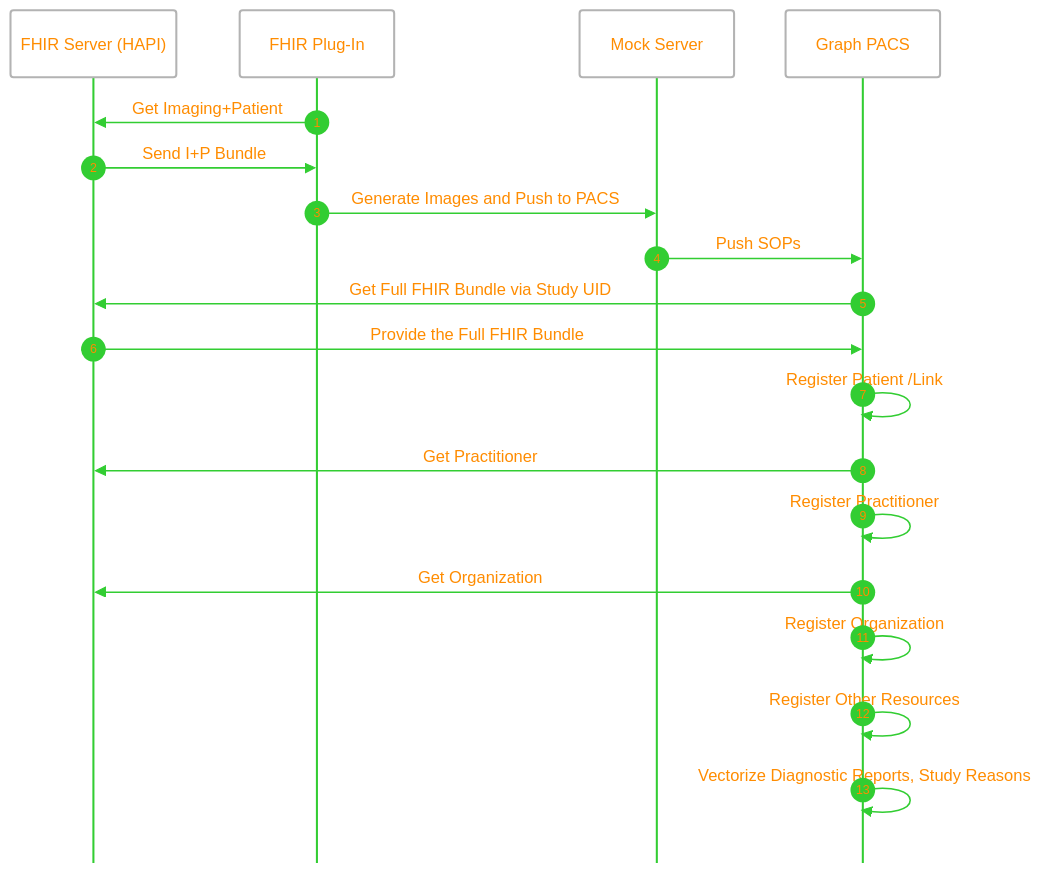
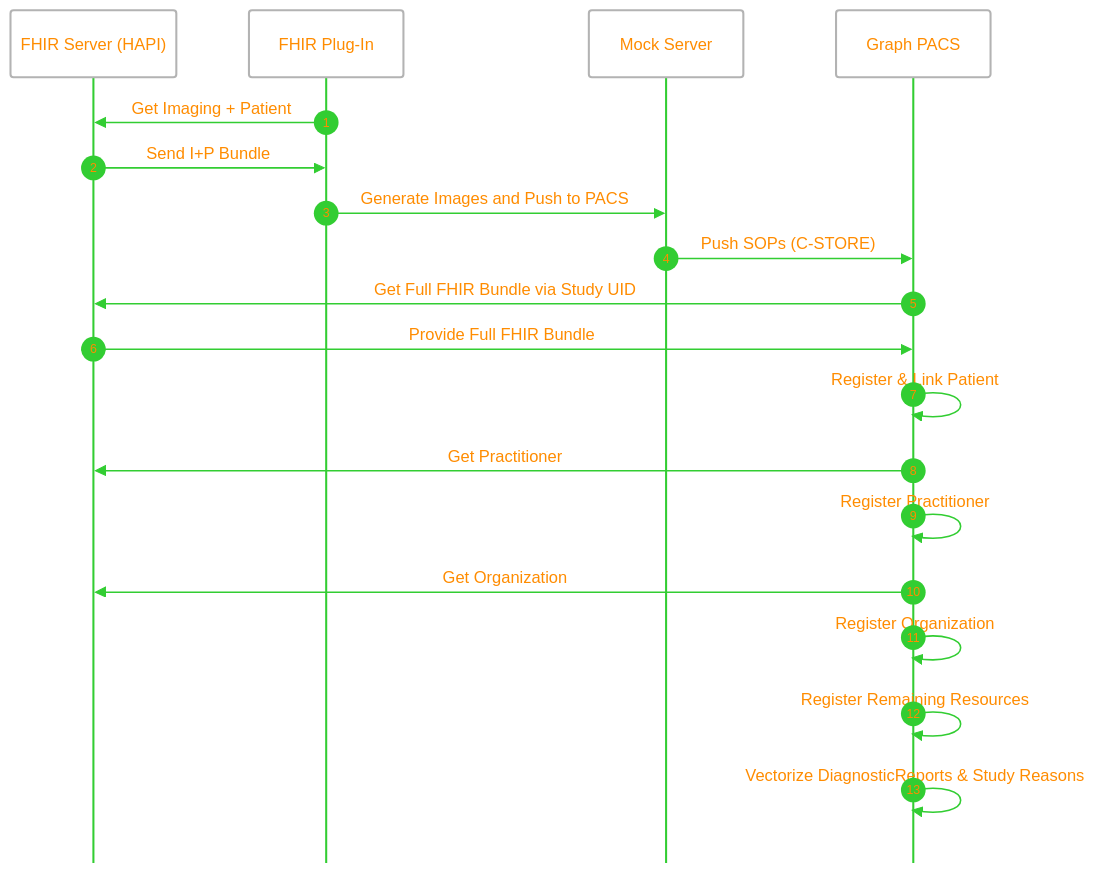
One commit to gosmart-health/gosmart-graphite changed the third of 3 diagrams in README.md. Above: the diagram before and after it, drawn with Mermaid. The commit also changed other lines of this file and 30 other files, not shown here.

````diff
--- a/README.md
+++ b/README.md
@@ -987,37 +883,37 @@
 ```mermaid
 ---
 config:
   theme: neo
   themeVariables:
     signalColor: '#32CD32'
     actorLineColor: '#32CD32'
     textColor: '#FF8C00'
     actorTextColor: '#FF8C00'
     signalTextColor: '#FF8C00'
     labelTextColor: '#FF8C00'
     loopTextColor: '#FF8C00'
     noteTextColor: '#FF8C00'
     sequenceNumberColor: '#FF8C00'
   sequence:
     mirrorActors: false
 ---
 sequenceDiagram
     participant FHIR as FHIR Server (HAPI)
     participant PLUG as FHIR Plug-In
     participant MOCK as Mock Server
     participant PACS as Graph PACS
     autonumber
-    PLUG ->> FHIR: Get Imaging+Patient
+    PLUG ->> FHIR: Get Imaging + Patient
     FHIR ->> PLUG: Send I+P Bundle
     PLUG ->> MOCK: Generate Images and Push to PACS
-    MOCK ->> PACS: Push SOPs
+    MOCK ->> PACS: Push SOPs (C-STORE)
     PACS ->> FHIR: Get Full FHIR Bundle via Study UID
-    FHIR ->> PACS: Provide the Full FHIR Bundle
-    PACS ->> PACS: Register Patient /Link
+    FHIR ->> PACS: Provide Full FHIR Bundle
+    PACS ->> PACS: Register & Link Patient
     PACS ->> FHIR: Get Practitioner
     PACS ->> PACS: Register Practitioner
     PACS ->> FHIR: Get Organization
     PACS ->> PACS: Register Organization
-    PACS ->> PACS: Register Other Resources
-    PACS ->> PACS: Vectorize Diagnostic Reports, Study Reasons
+    PACS ->> PACS: Register Remaining Resources
+    PACS ->> PACS: Vectorize DiagnosticReports & Study Reasons
 ```
````
